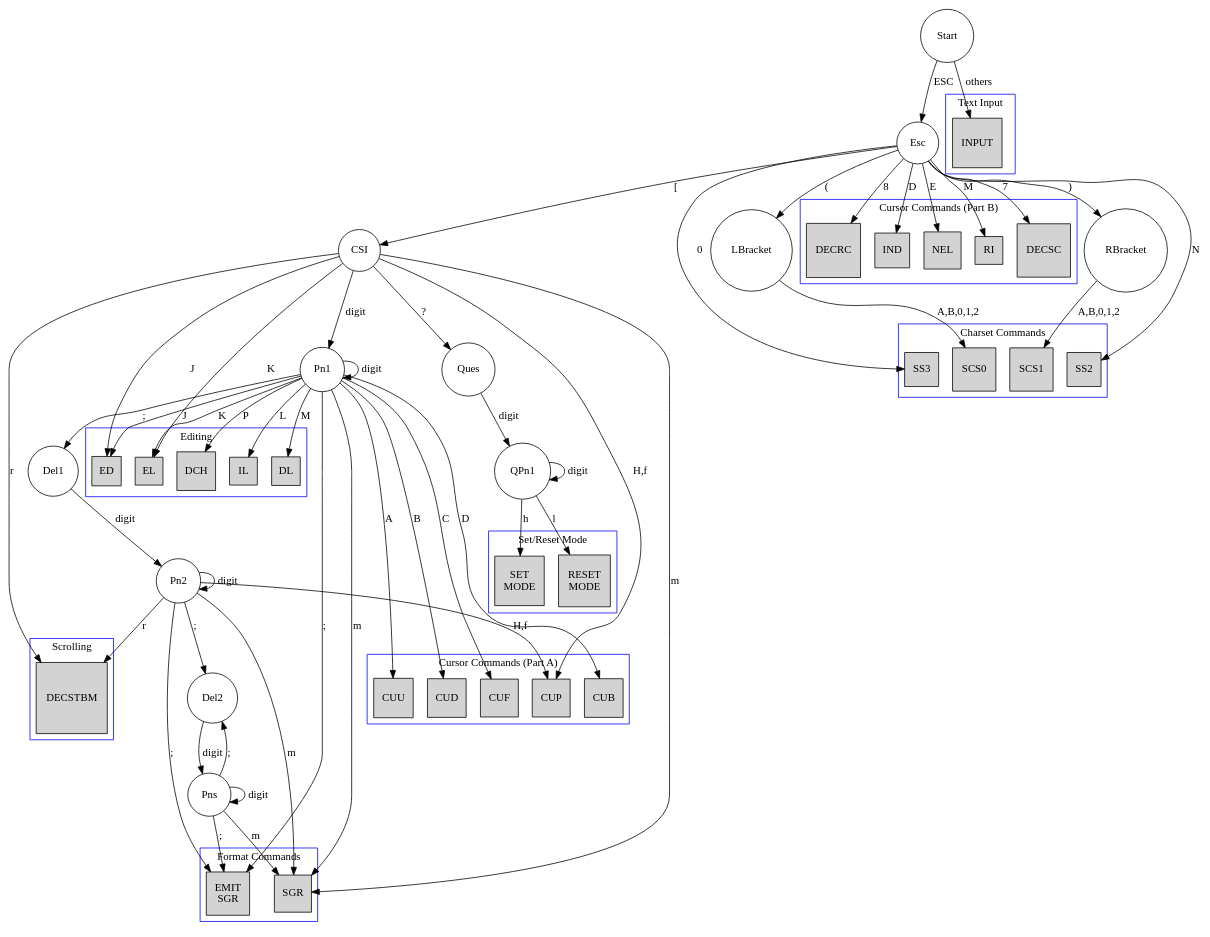
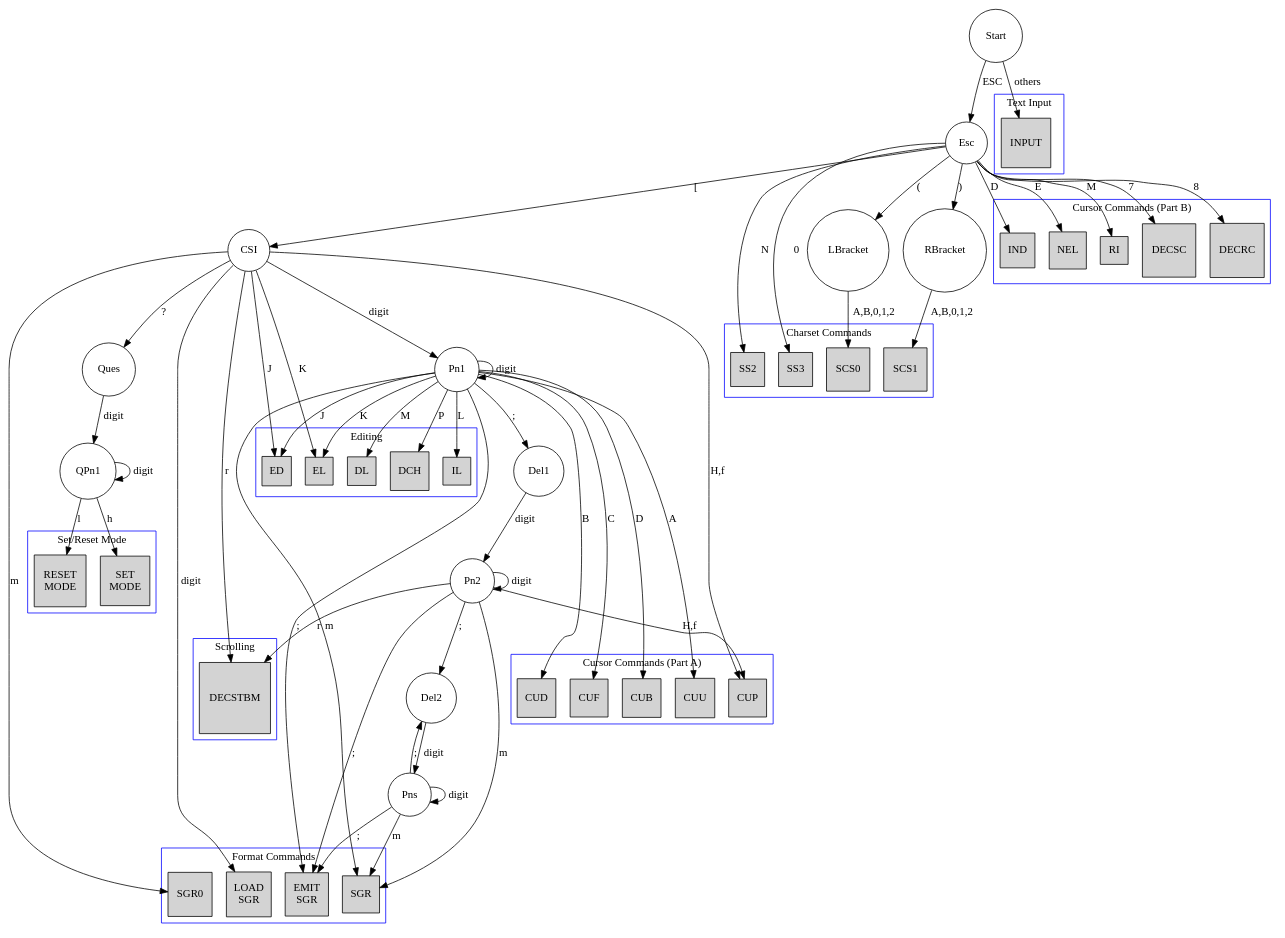
Before and after one commit to Harry-Chen/fpga-virtual-console: the diagram in doc/DFA.dot, drawn with Graphviz. The commit also changed 1 other file, not shown here.

Commit message:
State machine for SGR command.

```diff
--- a/doc/DFA.dot
+++ b/doc/DFA.dot
@@ -1,182 +1,184 @@
 digraph DFA {   
 //	edge[fontname="FangSong"];  
 //	node[peripheries=2, fontname="FangSong"];  
 //	size="16, 16";  
 	node[shape=circle];  
 
 	Start;
 
 	/* Basic structure */
 
 	// ESC
 	Start->Esc[label=ESC];
 
 	// ESC [
 	Esc->CSI[label="["];
 
 	// ESC [ Pn
 	CSI->Pn1[label="digit"];
 	Pn1->Pn1[label="digit"];
 
 	// ESC [ Pn; 
 	Pn1->Del1[label=";"];
 
 	// ESC [ Pn; Pn
 	Del1->Pn2[label="digit"];
 	Pn2->Pn2[label="digit"];
 
 	// ESC [ Pn; Pn; 
 	Pn2->Del2[label=";"];
 
 	// ESC [ Pn; Pn; Pns
 	Del2->Pns[label="digit"];
 	Pns->Pns[label="digit"];
 	Pns->Del2[label=";"];
 
 	// ESC (
 	Esc->LBracket[label="("];
 
 	// ESC )
 	Esc->RBracket[label=")"];
 
 	// ESC [ ?
 	CSI->Ques[label="?"];
 
 	// ESC [? Pn
 	Ques->QPn1[label="digit"];
 	QPn1->QPn1[label="digit"];
 	
 	/* Format Commands */
 	subgraph cluster0 {
 		node[style=filled,shape=square];
         color=blue;
         label="Format Commands";  
-		SGR; 
+		SGR; SGR0;
 		EMIT_SGR[label="EMIT\nSGR"];
+		LOAD_SGR[label="LOAD\nSGR"];
 	}
 
 	Pn1->EMIT_SGR[label=";"];
 	Pn2->EMIT_SGR[label=";"];
 	Pns->EMIT_SGR[label=";"];
 	Pn1->SGR[label="m"];
 	Pn2->SGR[label="m"];
 	Pns->SGR[label="m"];
-	CSI->SGR[label="m"];
+	CSI->SGR0[label="m"];
+	CSI->LOAD_SGR[label="digit"];
 
 	/* Cursor Movement Commands */
 	subgraph cluster1a {
 		node[style=filled,shape=square];
         color=blue;
         label="Cursor Commands (Part A)";  
 		CUU; CUD; CUF; CUB; CUP;
 	}
 
 	subgraph cluster1b {
 		node[style=filled,shape=square];
         color=blue;
         label="Cursor Commands (Part B)";  
 		IND; NEL; RI; DECSC; DECRC;
 	}
 
 	// ESC [ Pn A
 	Pn1->CUU[label=A];  // Cursor up
 
 	// ESC [ Pn B
 	Pn1->CUD[label=B];  // Cursor down
 
 	// ESC [ Pn C
 	Pn1->CUF[label=C];  // Cursor forward (right)
 
 	// ESC [ Pn B
 	Pn1->CUB[label=D];  // Cursor backward (left)
 
 	// ESC [ Pn; Pn H 
 	Pn2->CUP[label="H,f"]; // Cursor Position
 
 	// ESC [ H
 	CSI->CUP[label="H,f"]; // Cursor Home
 
 	// ESC D
 	Esc->IND[label=D];  // Index
 
 	// ESC E
 	Esc->NEL[label=E];  // Next line
 
 	// ESC M
 	Esc->RI[label=M];  // Reserve Index
 
 	// ESC 7
 	Esc->DECSC[label=7]; // Save cursor
 
 	// ESC 8
 	Esc->DECRC[label=8]; // Restore cursor
 
 	/* Scrolling */
 	subgraph cluster2 {
 		node[style=filled,shape=square];
         color=blue;
         label="Scrolling";  
 		DECSTBM;
 	}
 
 	// ESC [ Pn; Pn r
 	Pn2->DECSTBM[label=r]; // Set top and bottom margins
 	CSI->DECSTBM[label=r];
 
 	/* Charset Commands */
 	subgraph cluster3 {
 		node[style=filled,shape=square];
         color=blue;
         label="Charset Commands";  
 		SCS0; SCS1; SS2; SS3;
 	}
 
 	LBracket->SCS0[label="A,B,0,1,2"];
 	RBracket->SCS1[label="A,B,0,1,2"];
 	Esc->SS2[label=N];
 	Esc->SS3[label=0];
 
 	/* Erasing */
 	subgraph cluster4 {
 		node[style=filled,shape=square];
         color=blue;
         label="Erasing";  
 		EL; ED;
 	}
 
 	CSI->EL[label=K];  // Erase in line
 	Pn1->EL[label=K];
 
 	CSI->ED[label=J];  // Erase in display
 	Pn1->ED[label=J];
 
 	/* Editing */
 	subgraph cluster4 {
 		node[style=filled,shape=square];
         color=blue;
         label="Editing";  
 		DCH; IL; DL;
 	}
 
 	Pn1->DCH[label=P]; // Delete character
 	Pn1->IL[label=L];  // Insert line
 	Pn1->DL[label=M];  // Delete line
 
 	/* Set/Reset Mode Commands */
 	subgraph cluster5 {
 		node[style=filled,shape=square];
         color=blue;
         label="Set/Reset Mode";  
 		SETMODE[label="SET\nMODE"]; RESETMODE[label="RESET\nMODE"];
 	}
 	QPn1->SETMODE[label=h]
 	QPn1->RESETMODE[label=l]
 
 	subgraph cluster6 {
 		node[style=filled,shape=square];
         color=blue;
         label="Text Input";  
 		INPUT;
 	}
 	Start->INPUT[label=others];
 }         
```
